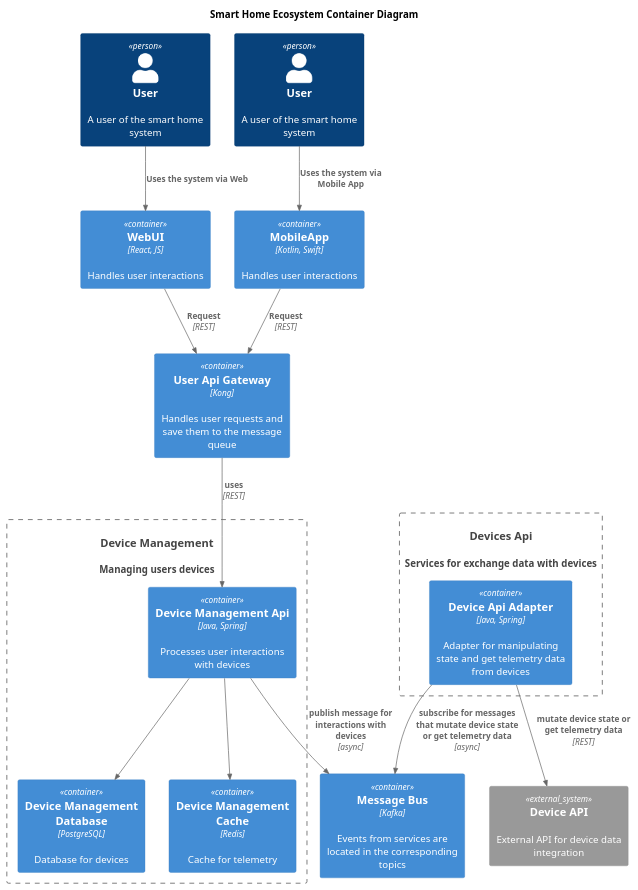
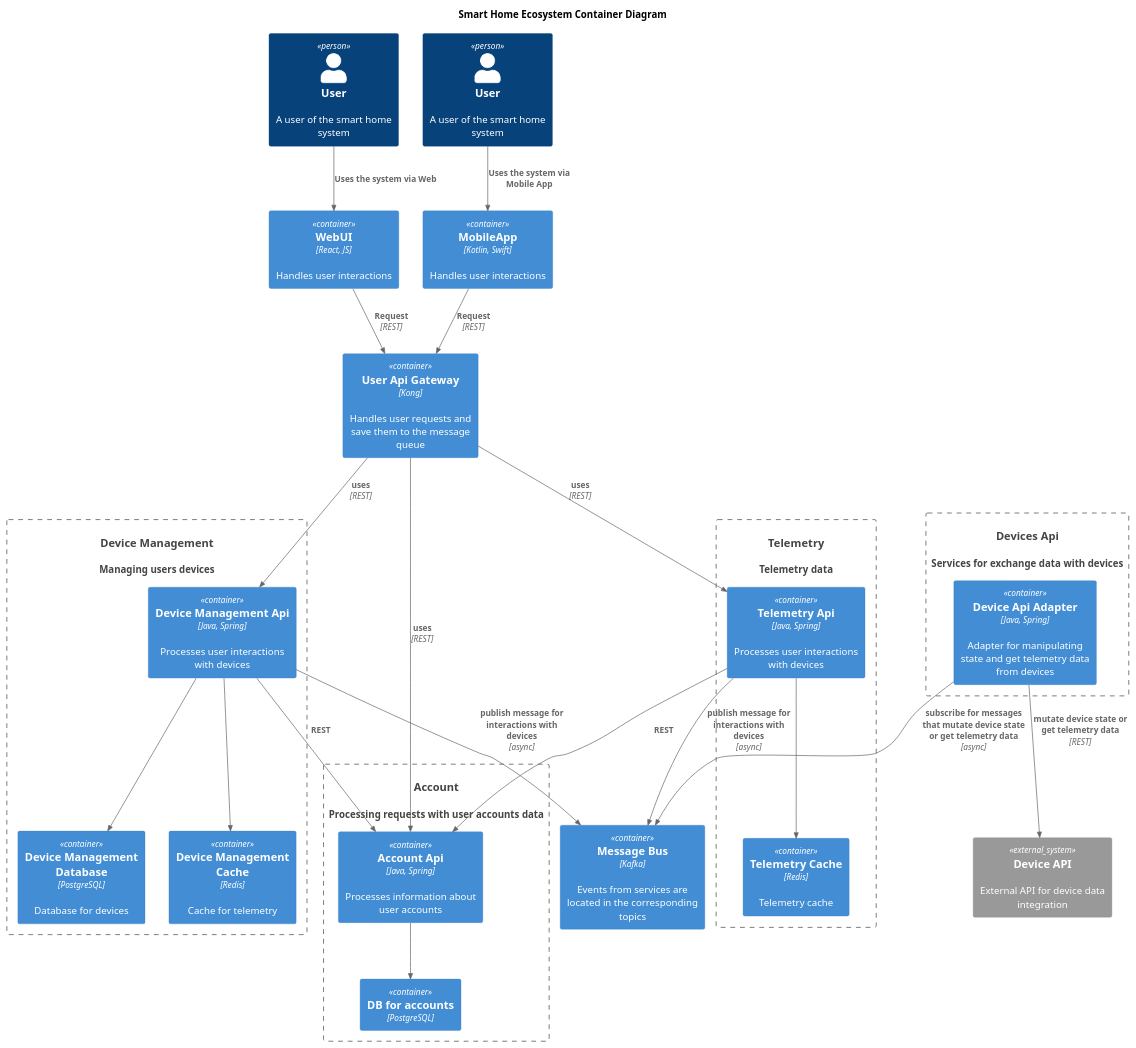
Before and after one commit to rtszh/architecture-yandex: the diagram in sprint_3/task1.2/1.2_microservices_container.puml, drawn with PlantUML. The commit also changed 9 other files, not shown here.

```diff
--- a/sprint_3/task1.2/1.2_microservices_container.puml
+++ b/sprint_3/task1.2/1.2_microservices_container.puml
@@ -1,45 +1,66 @@
 @startuml
 title Smart Home Ecosystem Container Diagram
 
 top to bottom direction
 
 !includeurl https://raw.githubusercontent.com/RicardoNiepel/C4-PlantUML/master/C4_Component.puml
 
 Person(user1, "User", "A user of the smart home system")
 Person(user2, "User", "A user of the smart home system")
 System(DeviceManagement, "Device Management", "Managing users devices")
+System(Telemetry, "Telemetry", "Telemetry data")
+System(Account, "Account", "Processing requests with user accounts data")
 System(DevicesApi, "Devices Api", "Services for exchange data with devices")
 
 Container(WebApp, "WebUI", "React, JS", "Handles user interactions")
 Container(MobileApp, "MobileApp", "Kotlin, Swift", "Handles user interactions")
 
 Container(UserApiGateway, "User Api Gateway", "Kong", "Handles user requests and save them to the message queue")
 
+Container_Boundary(Account, "") {
+  Container(AccountApi, "Account Api", "Java, Spring", "Processes information about user accounts")
+  Container(AccountDb, "DB for accounts", "PostgreSQL", "")
+}
+
 Container_Boundary(DeviceManagement, "") {
   Container(DeviceManagementApi, "Device Management Api", "Java, Spring", "Processes user interactions with devices")
   Container(DeviceManagementDatabase, "Device Management Database", "PostgreSQL", "Database for devices")
   Container(DeviceManagementCache, "Device Management Cache", "Redis", "Cache for telemetry")
+}
+
+Container_Boundary(Telemetry, "") {
+  Container(TelemetryApi, "Telemetry Api", "Java, Spring", "Processes user interactions with devices")
+  Container(TelemetryCache, "Telemetry Cache", "Redis", "Telemetry cache")
 }
 
 Container_Boundary(DevicesApi, "") {
   Container(DeviceApiAdapter, "Device Api Adapter", "Java, Spring", "Adapter for manipulating state and get telemetry data from devices")
 }
 
 Container(MessageBus, "Message Bus", "Kafka", "Events from services are located in the corresponding topics")
 
 System_Ext(DeviceApi, "Device API", "External API for device data integration")
 
 Rel(user1, WebApp, "Uses the system via Web")
 Rel(user2, MobileApp, "Uses the system via Mobile App")
 Rel(WebApp, UserApiGateway, "Request", "REST")
 Rel(MobileApp, UserApiGateway, "Request", "REST")
 Rel(UserApiGateway, DeviceManagementApi, "uses", "REST")
+Rel(UserApiGateway, TelemetryApi, "uses", "REST")
+Rel(UserApiGateway, AccountApi, "uses", "REST")
 
 Rel(DeviceManagementApi, MessageBus, "publish message for interactions with devices", "async")
 Rel(DeviceManagementApi, DeviceManagementDatabase, "")
 Rel(DeviceManagementApi, DeviceManagementCache, "")
+Rel(DeviceManagementApi, AccountApi, "REST")
 
 Rel(DeviceApiAdapter, MessageBus, "subscribe for messages that mutate device state or get telemetry data", "async")
 Rel(DeviceApiAdapter, DeviceApi, "mutate device state or get telemetry data", "REST")
 
+Rel(TelemetryApi, TelemetryCache, "")
+Rel(TelemetryApi, MessageBus, "publish message for interactions with devices", "async")
+Rel(TelemetryApi, AccountApi, "REST")
+
+Rel(AccountApi, AccountDb, "")
+
 @enduml
```
